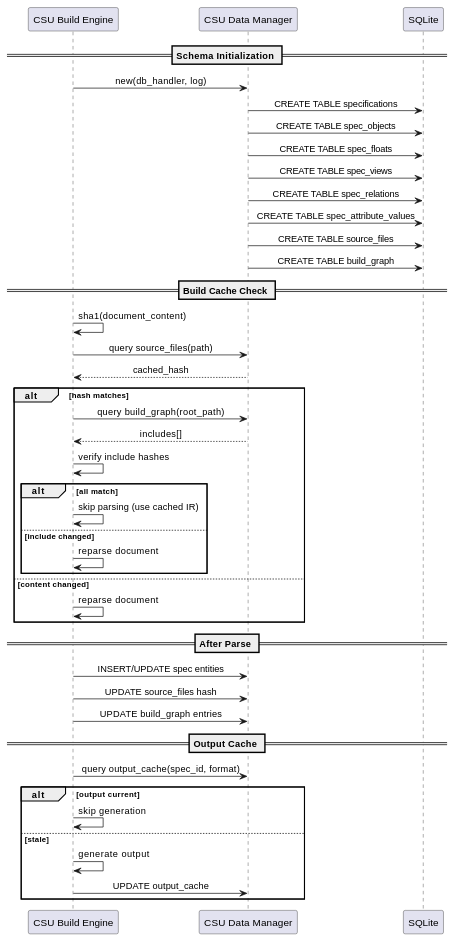
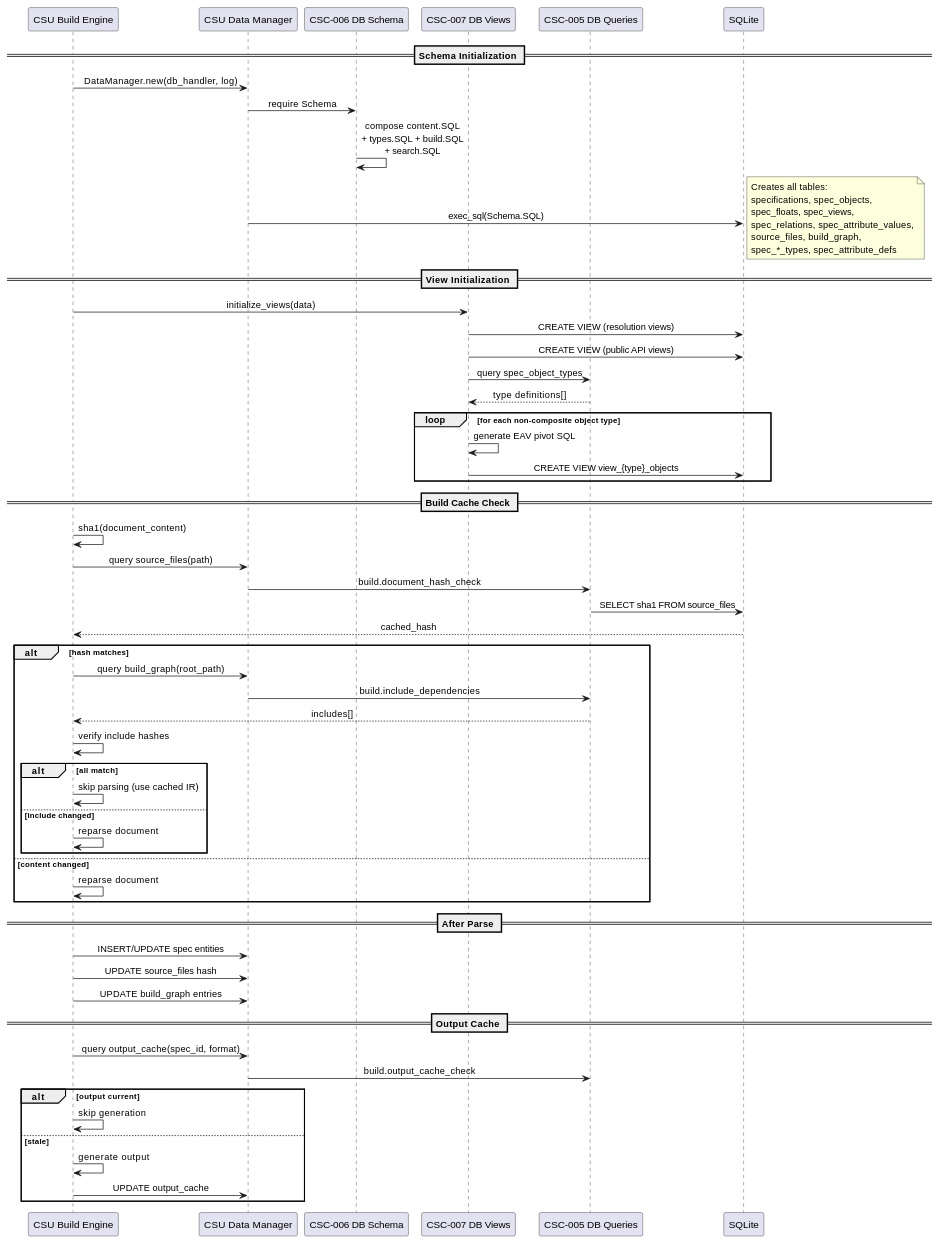
One commit to crisclacerda/SpecCompiler changed the diagram in docs/engineering_docs/architecture/storage_design.md. Above: the diagram before and after it, drawn with PlantUML. The commit also changed other lines of this file and 44 other files, not shown here.

````diff
--- a/docs/engineering_docs/architecture/storage_design.md
+++ b/docs/engineering_docs/architecture/storage_design.md
@@ -88,53 +88,67 @@
 ```puml:fd-003-storage{caption="Spec-IR Persistence and Cache Coherency"}
 @startuml
 skinparam backgroundColor #FFFFFF
 skinparam sequenceMessageAlign center
 
 participant "CSU Build Engine" as E
 participant "CSU Data Manager" as DB
+participant "CSC-006 DB Schema" as SCH
+participant "CSC-007 DB Views" as VW
+participant "CSC-005 DB Queries" as QRY
 participant "SQLite" as SQL
 
 == Schema Initialization ==
-E -> DB: new(db_handler, log)
-DB -> SQL: CREATE TABLE specifications
-DB -> SQL: CREATE TABLE spec_objects
-DB -> SQL: CREATE TABLE spec_floats
-DB -> SQL: CREATE TABLE spec_views
-DB -> SQL: CREATE TABLE spec_relations
-DB -> SQL: CREATE TABLE spec_attribute_values
-DB -> SQL: CREATE TABLE source_files
-DB -> SQL: CREATE TABLE build_graph
+E -> DB: DataManager.new(db_handler, log)
+DB -> SCH: require Schema
+SCH -> SCH: compose content.SQL\n+ types.SQL + build.SQL\n+ search.SQL
+DB -> SQL: exec_sql(Schema.SQL)
+note right: Creates all tables:\nspecifications, spec_objects,\nspec_floats, spec_views,\nspec_relations, spec_attribute_values,\nsource_files, build_graph,\nspec_*_types, spec_attribute_defs
+
+== View Initialization ==
+E -> VW: initialize_views(data)
+VW -> SQL: CREATE VIEW (resolution views)
+VW -> SQL: CREATE VIEW (public API views)
+VW -> QRY: query spec_object_types
+QRY --> VW: type definitions[]
+loop for each non-composite object type
+    VW -> VW: generate EAV pivot SQL
+    VW -> SQL: CREATE VIEW view_{type}_objects
+end
 
 == Build Cache Check ==
 E -> E: sha1(document_content)
 E -> DB: query source_files(path)
-DB --> E: cached_hash
+DB -> QRY: build.document_hash_check
+QRY -> SQL: SELECT sha1 FROM source_files
+SQL --> E: cached_hash
 
 alt hash matches
     E -> DB: query build_graph(root_path)
-    DB --> E: includes[]
+    DB -> QRY: build.include_dependencies
+    QRY --> E: includes[]
     E -> E: verify include hashes
     alt all match
         E -> E: skip parsing (use cached IR)
     else include changed
         E -> E: reparse document
     end
 else content changed
     E -> E: reparse document
 end
 
 == After Parse ==
 E -> DB: INSERT/UPDATE spec entities
 E -> DB: UPDATE source_files hash
 E -> DB: UPDATE build_graph entries
 
 == Output Cache ==
 E -> DB: query output_cache(spec_id, format)
+DB -> QRY: build.output_cache_check
 alt output current
     E -> E: skip generation
 else stale
     E -> E: generate output
     E -> DB: UPDATE output_cache
 end
 @enduml
 ```
````
